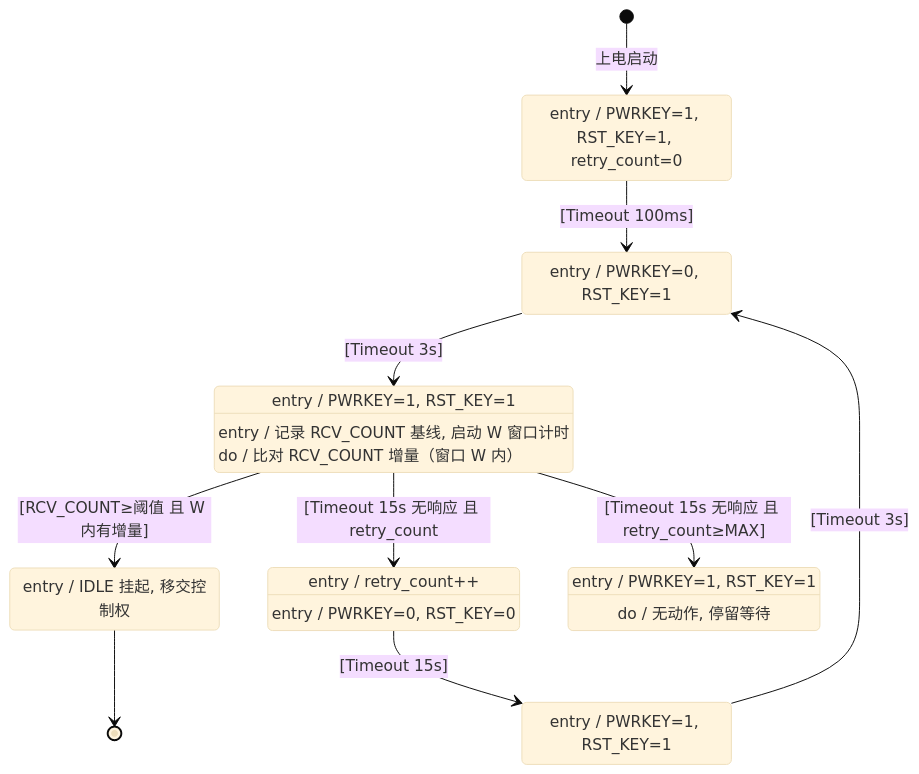
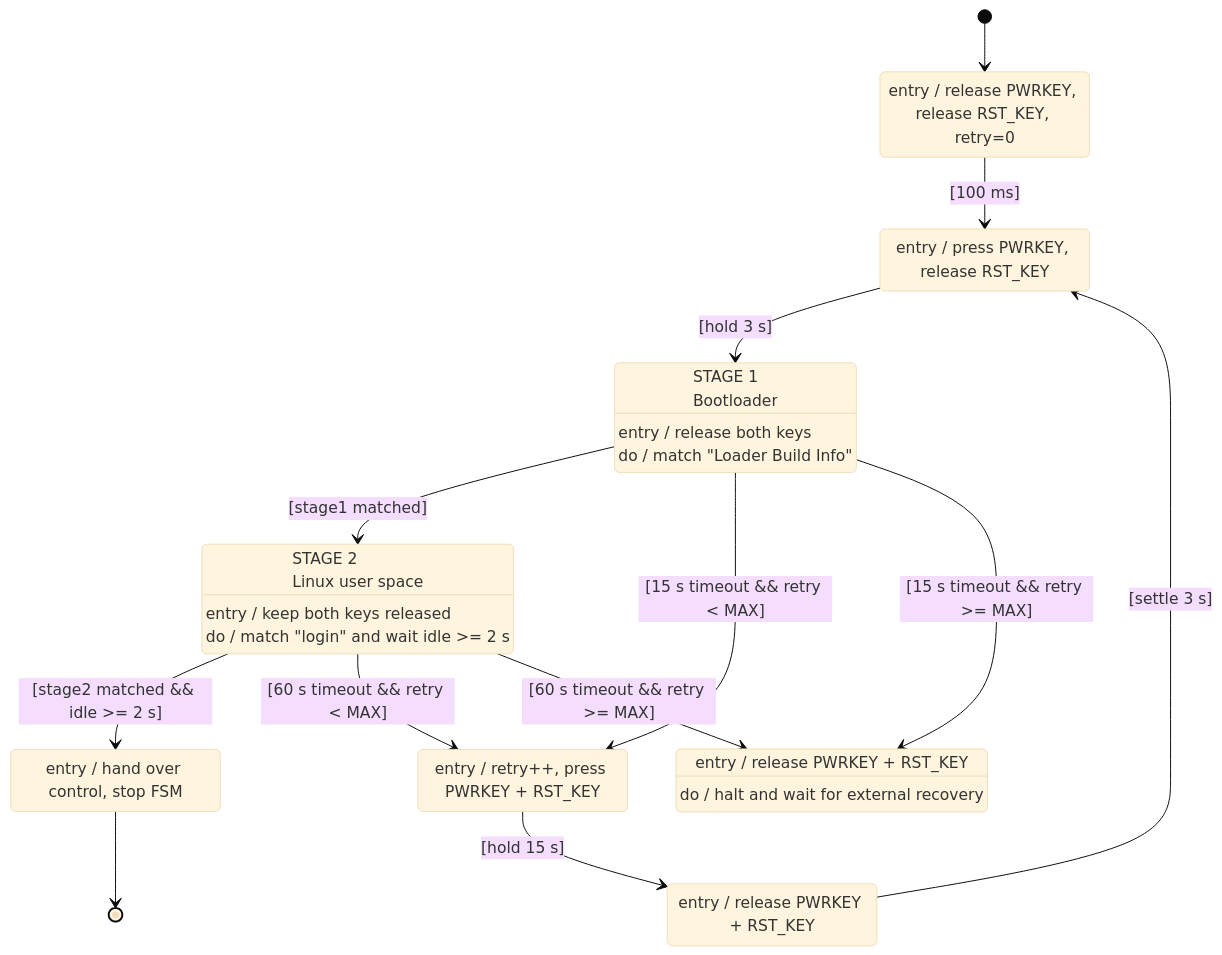
One commit to Vkd4U2NtVkZOVg/py32_control changed diagram 11 of 11 in WORKLOG.md. Above: the diagram before and after it, drawn with Mermaid (base theme). The commit also changed other lines of this file and 4 other files, not shown here.

First line of the commit message:
feat: Add two-stage SDM845 boot detection

````diff
--- a/WORKLOG.md
+++ b/WORKLOG.md
@@ -826,42 +826,38 @@
 ```mermaid
 stateDiagram-v2
     direction TB
 
-    [*] --> STATE_POWER_ON_WAIT : 上电启动
+    [*] --> POWER_ON_WAIT
 
-    %% 上电即保证释放，并清零重试计数
-    STATE_POWER_ON_WAIT : entry / PWRKEY=1, RST_KEY=1, retry_count=0
-    STATE_POWER_ON_WAIT --> STATE_PWR_PRESS : [Timeout 100ms]
+    POWER_ON_WAIT : entry / release PWRKEY, release RST_KEY, retry=0
+    POWER_ON_WAIT --> PWR_PRESS : [100 ms]
 
-    %% 正常开机：拉低电源键 3 秒
-    STATE_PWR_PRESS : entry / PWRKEY=0, RST_KEY=1
-    STATE_PWR_PRESS --> STATE_BOOT_CHECK : [Timeout 3s]
+    PWR_PRESS : entry / press PWRKEY, release RST_KEY
+    PWR_PRESS --> BOOT_CHECK : [hold 3 s]
 
-    %% 进态即显式释放按键（不依赖上一态的 exit，修复缺陷2）
-    STATE_BOOT_CHECK : entry / PWRKEY=1, RST_KEY=1
-    STATE_BOOT_CHECK : entry / 记录 RCV_COUNT 基线, 启动 W 窗口计时
-    STATE_BOOT_CHECK : do / 比对 RCV_COUNT 增量（窗口 W 内）
-    %% 成功优先于超时判定（每次轮询先判成功，未到 15s 也算成功；修复缺陷3）
-    STATE_BOOT_CHECK --> STATE_BOOT_SUCCESS : [RCV_COUNT≥阈值 且 W 内有增量]
-    %% 超时且未超重试上限 → 强杀（修复缺陷1：计数）
-    STATE_BOOT_CHECK --> STATE_BOOT_RESET : [Timeout 15s 无响应 且 retry_count<MAX]
-    %% 超时且已达上限 → 挂起停机态（修复缺陷1：不再无限循环）
-    STATE_BOOT_CHECK --> STATE_STRAP_FAIL : [Timeout 15s 无响应 且 retry_count≥MAX]
+    state "STAGE 1\nBootloader" as BOOT_CHECK
+    BOOT_CHECK : entry / release both keys
+    BOOT_CHECK : do / match "Loader Build Info"
+    BOOT_CHECK --> STAGE2_WAIT : [stage1 matched]
+    BOOT_CHECK --> BOOT_RESET : [15 s timeout && retry < MAX]
+    BOOT_CHECK --> STRAP_FAIL : [15 s timeout && retry >= MAX]
 
-    %% 成功即一次性结束（缺陷4 刻意设计，保留 [*]）
-    STATE_BOOT_SUCCESS : entry / IDLE 挂起, 移交控制权
-    STATE_BOOT_SUCCESS --> [*]
+    state "STAGE 2\nLinux user space" as STAGE2_WAIT
+    STAGE2_WAIT : entry / keep both keys released
+    STAGE2_WAIT : do / match "login" and wait idle >= 2 s
+    STAGE2_WAIT --> BOOT_SUCCESS : [stage2 matched && idle >= 2 s]
+    STAGE2_WAIT --> BOOT_RESET : [60 s timeout && retry < MAX]
+    STAGE2_WAIT --> STRAP_FAIL : [60 s timeout && retry >= MAX]
 
-    %% 强杀：进态即递增失败计数
-    STATE_BOOT_RESET : entry / retry_count++
-    STATE_BOOT_RESET : entry / PWRKEY=0, RST_KEY=0
-    STATE_BOOT_RESET --> STATE_PMIC_SETTLE : [Timeout 15s]
+    BOOT_SUCCESS : entry / hand over control, stop FSM
+    BOOT_SUCCESS --> [*]
 
-    %% 进态即释放按键（修复缺陷2：不依赖 BOOT_RESET 的 exit）
-    STATE_PMIC_SETTLE : entry / PWRKEY=1, RST_KEY=1
-    STATE_PMIC_SETTLE --> STATE_PWR_PRESS : [Timeout 3s]
+    BOOT_RESET : entry / retry++, press PWRKEY + RST_KEY
+    BOOT_RESET --> PMIC_SETTLE : [hold 15 s]
 
-    %% 失败挂起态：全部释放, 停机等待人工/上位机（修复缺陷1）
-    STATE_STRAP_FAIL : entry / PWRKEY=1, RST_KEY=1
-    STATE_STRAP_FAIL : do / 无动作, 停留等待
+    PMIC_SETTLE : entry / release PWRKEY + RST_KEY
+    PMIC_SETTLE --> PWR_PRESS : [settle 3 s]
+
+    STRAP_FAIL : entry / release PWRKEY + RST_KEY
+    STRAP_FAIL : do / halt and wait for external recovery
 ```
````
